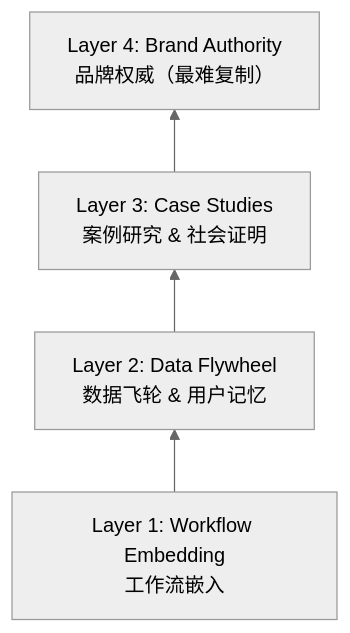
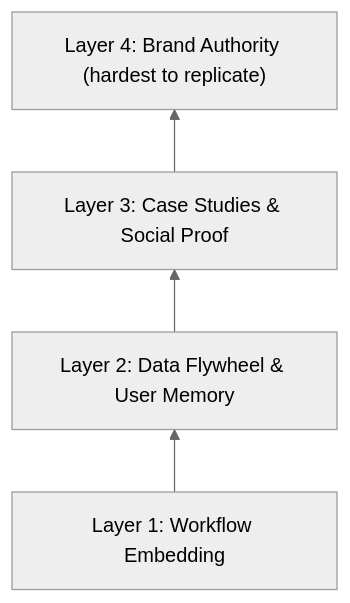
The diagram in references/tpl-moat-building-checklist.md (jiangxidong/agent-skill-1p-saas), drawn with Mermaid (neutral theme) before and after one commit. The commit also changed other lines of this file and 9 other files, not shown here.

````diff
--- a/references/tpl-moat-building-checklist.md
+++ b/references/tpl-moat-building-checklist.md
@@ -10,6 +10,6 @@
 ```mermaid
 graph BT
-    L1["Layer 1: Workflow Embedding<br/>工作流嵌入"] --> L2["Layer 2: Data Flywheel<br/>数据飞轮 & 用户记忆"]
-    L2 --> L3["Layer 3: Case Studies<br/>案例研究 & 社会证明"]
-    L3 --> L4["Layer 4: Brand Authority<br/>品牌权威（最难复制）"]
+    L1["Layer 1: Workflow Embedding"] --> L2["Layer 2: Data Flywheel & User Memory"]
+    L2 --> L3["Layer 3: Case Studies & Social Proof"]
+    L3 --> L4["Layer 4: Brand Authority (hardest to replicate)"]
 ```
````
